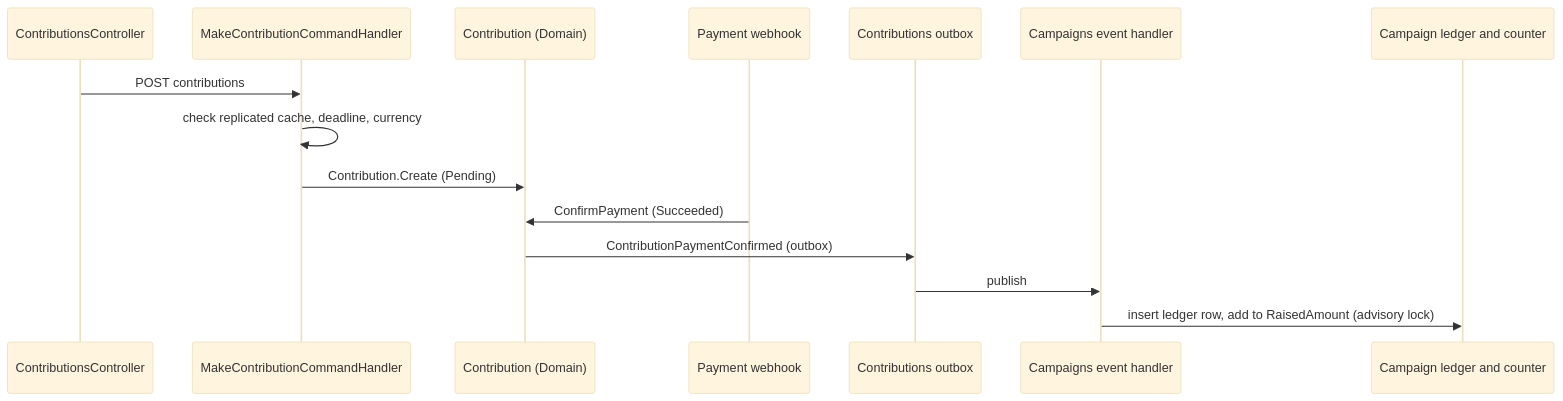
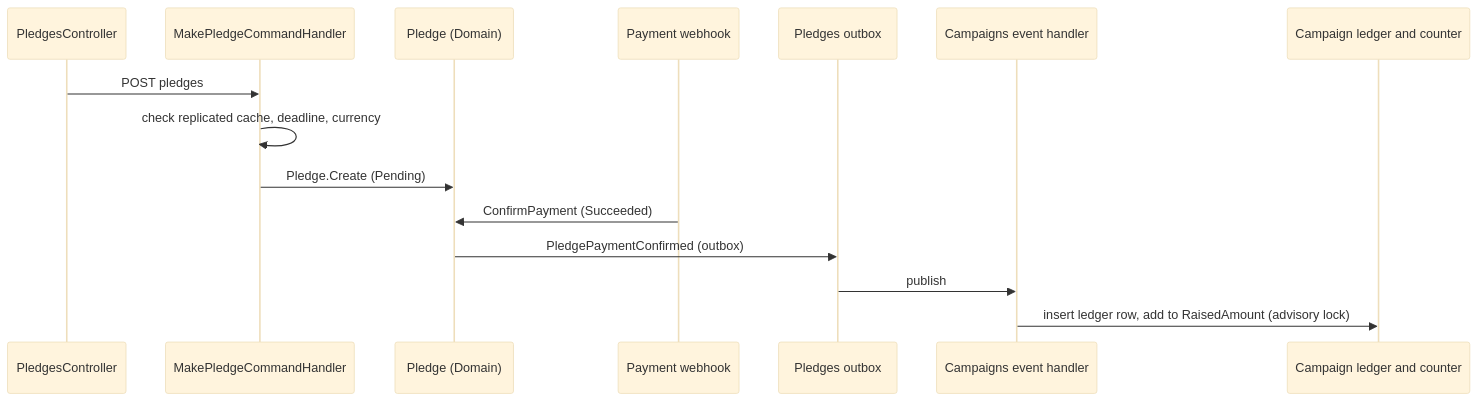
One commit to maysamgamini/crowdfundinghub changed the second of 4 diagrams in educational/03-engineering-spec-and-roadmap/design-to-code-mapping-round1.md. Above: the diagram before and after it, drawn with Mermaid (base theme). The commit also changed other lines of this file and 571 other files, not shown here.

First line of the commit message:
refactor: use the course vocabulary, pledge and backer, where the code said contribution and contributor

````diff
--- a/educational/03-engineering-spec-and-roadmap/design-to-code-mapping-round1.md
+++ b/educational/03-engineering-spec-and-roadmap/design-to-code-mapping-round1.md
@@ -49,17 +49,17 @@
 ```mermaid
 sequenceDiagram
-    participant C as ContributionsController
-    participant H as MakeContributionCommandHandler
-    participant K as Contribution (Domain)
+    participant C as PledgesController
+    participant H as MakePledgeCommandHandler
+    participant K as Pledge (Domain)
     participant W as Payment webhook
-    participant O as Contributions outbox
+    participant O as Pledges outbox
     participant E as Campaigns event handler
     participant L as Campaign ledger and counter
-    C->>H: POST contributions
+    C->>H: POST pledges
     H->>H: check replicated cache, deadline, currency
-    H->>K: Contribution.Create (Pending)
+    H->>K: Pledge.Create (Pending)
     W->>K: ConfirmPayment (Succeeded)
-    K->>O: ContributionPaymentConfirmed (outbox)
+    K->>O: PledgePaymentConfirmed (outbox)
     O->>E: publish
     E->>L: insert ledger row, add to RaisedAmount (advisory lock)
 ```
````
